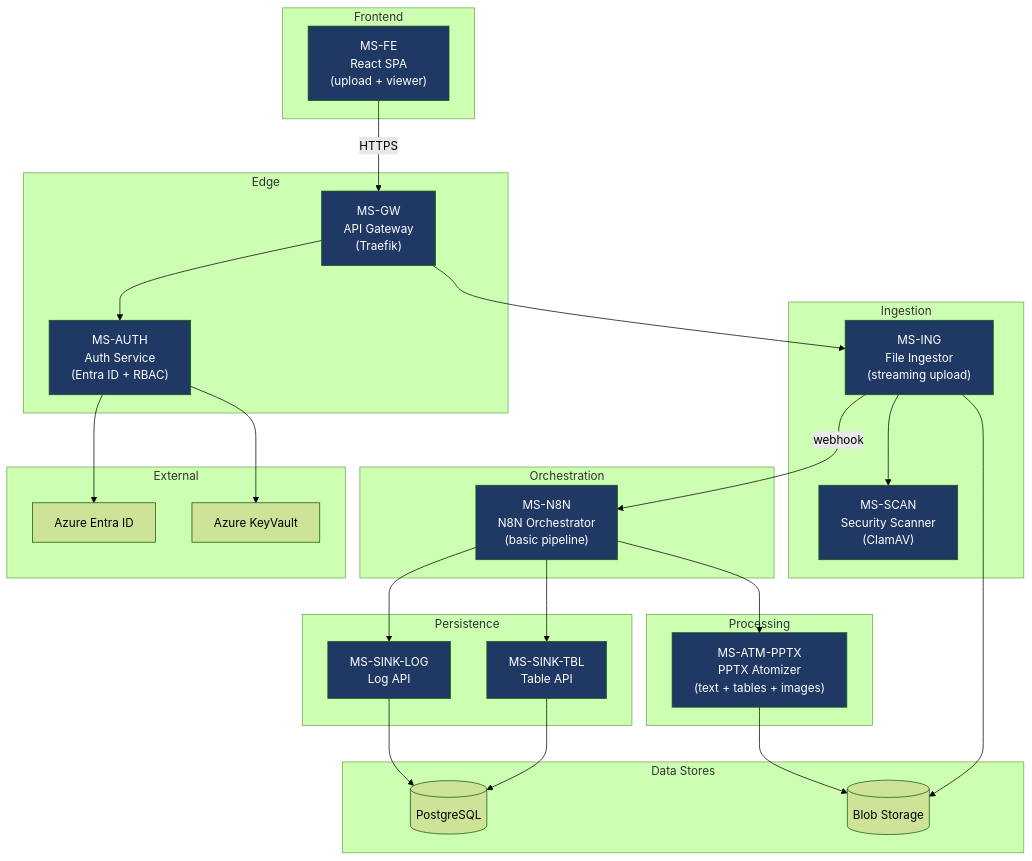
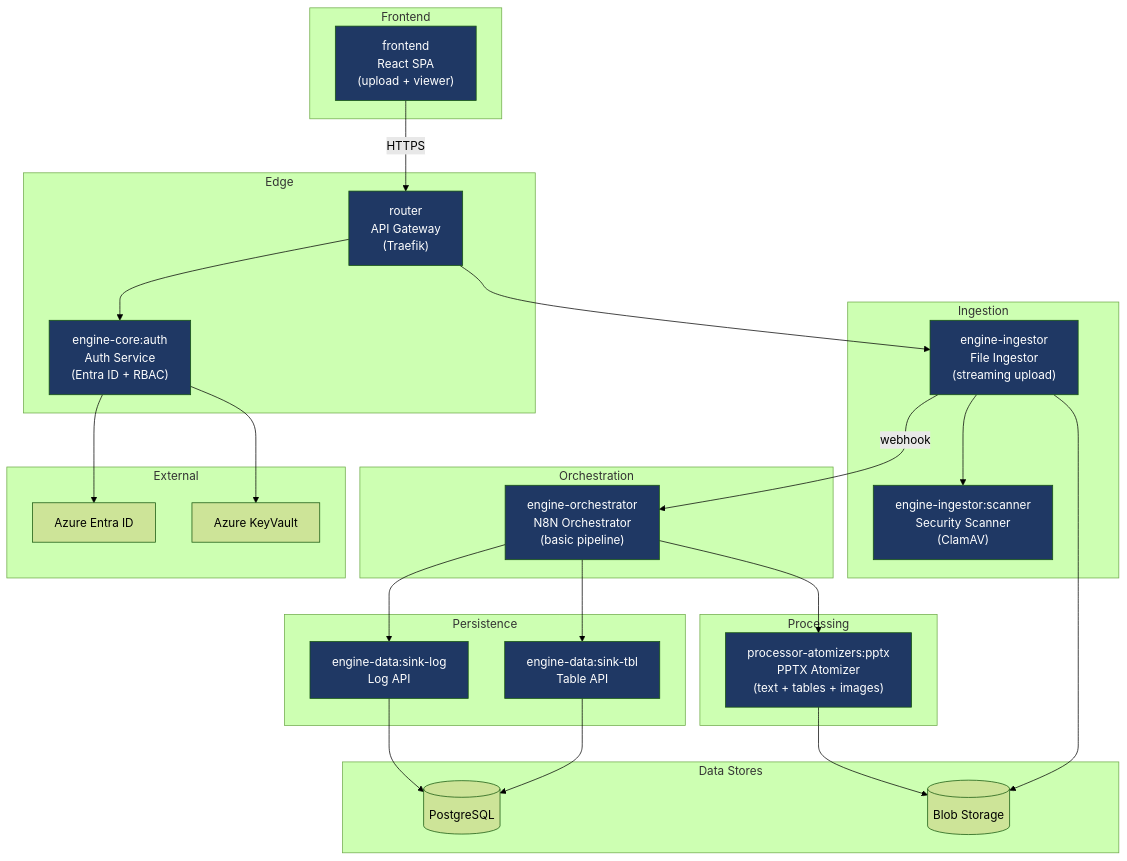
One commit to JanBartyzal/ReportAutomatization changed the first of 10 diagrams in docs/documents/architecture_diagrams.md. Above: the diagram before and after it, drawn with Mermaid (forest theme). The commit also changed other lines of this file and 149 other files, not shown here.

````diff
--- a/docs/documents/architecture_diagrams.md
+++ b/docs/documents/architecture_diagrams.md
@@ -13,64 +13,64 @@
 ```mermaid
 graph TB
     subgraph "Edge"
-        GW["MS-GW\nAPI Gateway\n(Traefik)"]
-        AUTH["MS-AUTH\nAuth Service\n(Entra ID + RBAC)"]
+        GW["router\nAPI Gateway\n(Traefik)"]
+        AUTH["engine-core:auth\nAuth Service\n(Entra ID + RBAC)"]
     end
 
     subgraph "Ingestion"
-        ING["MS-ING\nFile Ingestor\n(streaming upload)"]
-        SCAN["MS-SCAN\nSecurity Scanner\n(ClamAV)"]
+        ING["engine-ingestor\nFile Ingestor\n(streaming upload)"]
+        SCAN["engine-ingestor:scanner\nSecurity Scanner\n(ClamAV)"]
     end
 
     subgraph "Orchestration"
-        N8N["MS-N8N\nN8N Orchestrator\n(basic pipeline)"]
+        N8N["engine-orchestrator\nN8N Orchestrator\n(basic pipeline)"]
     end
 
     subgraph "Processing"
-        PPTX["MS-ATM-PPTX\nPPTX Atomizer\n(text + tables + images)"]
+        PPTX["processor-atomizers:pptx\nPPTX Atomizer\n(text + tables + images)"]
     end
 
     subgraph "Persistence"
-        SINKTBL["MS-SINK-TBL\nTable API"]
-        SINKLOG["MS-SINK-LOG\nLog API"]
+        SINKTBL["engine-data:sink-tbl\nTable API"]
+        SINKLOG["engine-data:sink-log\nLog API"]
     end
 
     subgraph "Data Stores"
         PG[("PostgreSQL")]
         BLOB[("Blob Storage")]
     end
 
     subgraph "Frontend"
-        FE["MS-FE\nReact SPA\n(upload + viewer)"]
+        FE["frontend\nReact SPA\n(upload + viewer)"]
     end
 
     subgraph "External"
         AAD["Azure Entra ID"]
         KV["Azure KeyVault"]
     end
 
     FE -->|HTTPS| GW
     GW --> AUTH
     GW --> ING
     AUTH --> AAD
     AUTH --> KV
     ING --> SCAN
     ING --> BLOB
     ING -->|webhook| N8N
     N8N --> PPTX
     PPTX --> BLOB
     N8N --> SINKTBL
     N8N --> SINKLOG
     SINKTBL --> PG
     SINKLOG --> PG
 
     style GW fill:#1F3864,color:#fff
     style AUTH fill:#1F3864,color:#fff
     style ING fill:#1F3864,color:#fff
     style SCAN fill:#1F3864,color:#fff
     style N8N fill:#1F3864,color:#fff
     style PPTX fill:#1F3864,color:#fff
     style SINKTBL fill:#1F3864,color:#fff
     style SINKLOG fill:#1F3864,color:#fff
     style FE fill:#1F3864,color:#fff
 ```
````
